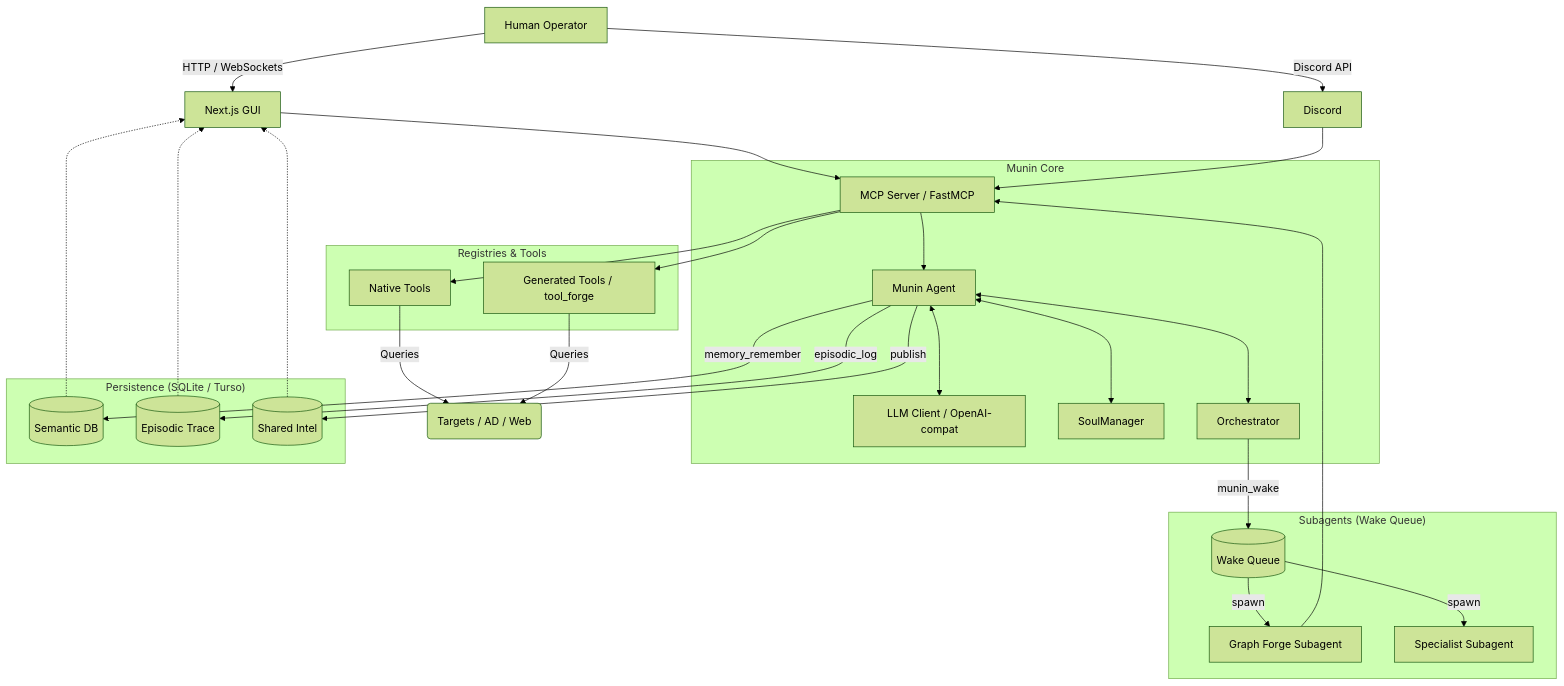
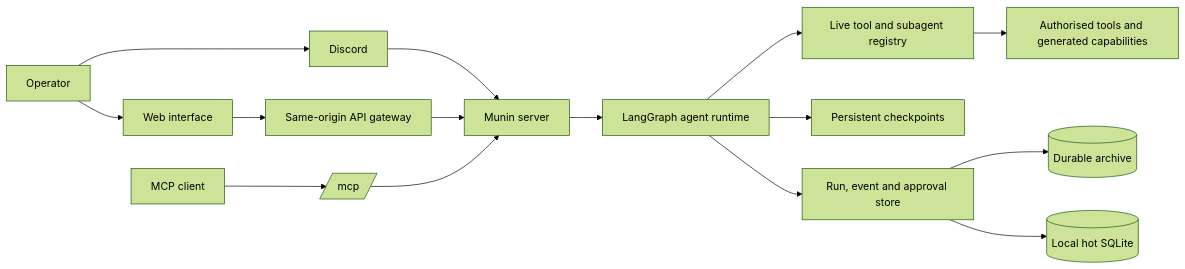
Before and after one commit to PrinceOfPwn/Munin: the diagram in README.md, drawn with Mermaid (forest theme). The commit also changed other lines of this file and 2 other files, not shown here.

````diff
--- a/README.md
+++ b/README.md
@@ -67,39 +50,18 @@
 ```mermaid
-flowchart TD
-    Operator[Human Operator] --> |HTTP / WebSockets| GUI[Next.js GUI]
-    Operator --> |Discord API| DiscordBridge[Discord]
-    GUI --> MCP_Bus[MCP Server / FastMCP]
-    DiscordBridge --> MCP_Bus
+flowchart LR
+    Operator[Operator] --> UI[Web interface]
+    Operator --> Discord[Discord]
+    Client[MCP client] --> MCP[/mcp/]
+    UI --> BFF[Same-origin API gateway]
+    Discord --> Server[Munin server]
+    BFF --> Server
+    MCP --> Server
 
-    subgraph Core ["Munin Core"]
-        MCP_Bus --> Agent[Munin Agent]
-        Agent <--> LLM[LLM Client / OpenAI-compat]
-        Agent <--> Soul[SoulManager]
-        Agent <--> Orchestrator[Orchestrator]
-    end
-
-    subgraph Registries ["Registries & Tools"]
-        MCP_Bus --> NativeTools[Native Tools]
-        MCP_Bus --> GenTools[Generated Tools / tool_forge]
-    end
-
-    subgraph WakeQueueSub ["Subagents (Wake Queue)"]
-        Orchestrator --> |munin_wake| WakeQueue[(Wake Queue)]
-        WakeQueue --> |spawn| Subagent1[Graph Forge Subagent]
-        WakeQueue --> |spawn| Subagent2[Specialist Subagent]
-    end
-
-    subgraph Persistence ["Persistence (SQLite / Turso)"]
-        Agent --> |memory_remember| Semantic[(Semantic DB)]
-        Agent --> |episodic_log| Episodic[(Episodic Trace)]
-        Agent --> |publish| SharedIntel[(Shared Intel)]
-    end
-
-    NativeTools --> |Queries| External(Targets / AD / Web)
-    GenTools --> |Queries| External
-    Subagent1 --> MCP_Bus
-
-    Semantic -.-> GUI
-    Episodic -.-> GUI
-    SharedIntel -.-> GUI
+    Server --> Runtime[LangGraph agent runtime]
+    Runtime --> Registry[Live tool and subagent registry]
+    Runtime --> Checkpoint[Persistent checkpoints]
+    Runtime --> Store[Run, event and approval store]
+    Registry --> Evidence[Authorised tools and generated capabilities]
+    Store --> Durable[(Durable archive)]
+    Store --> Hot[(Local hot SQLite)]
 ```
````
